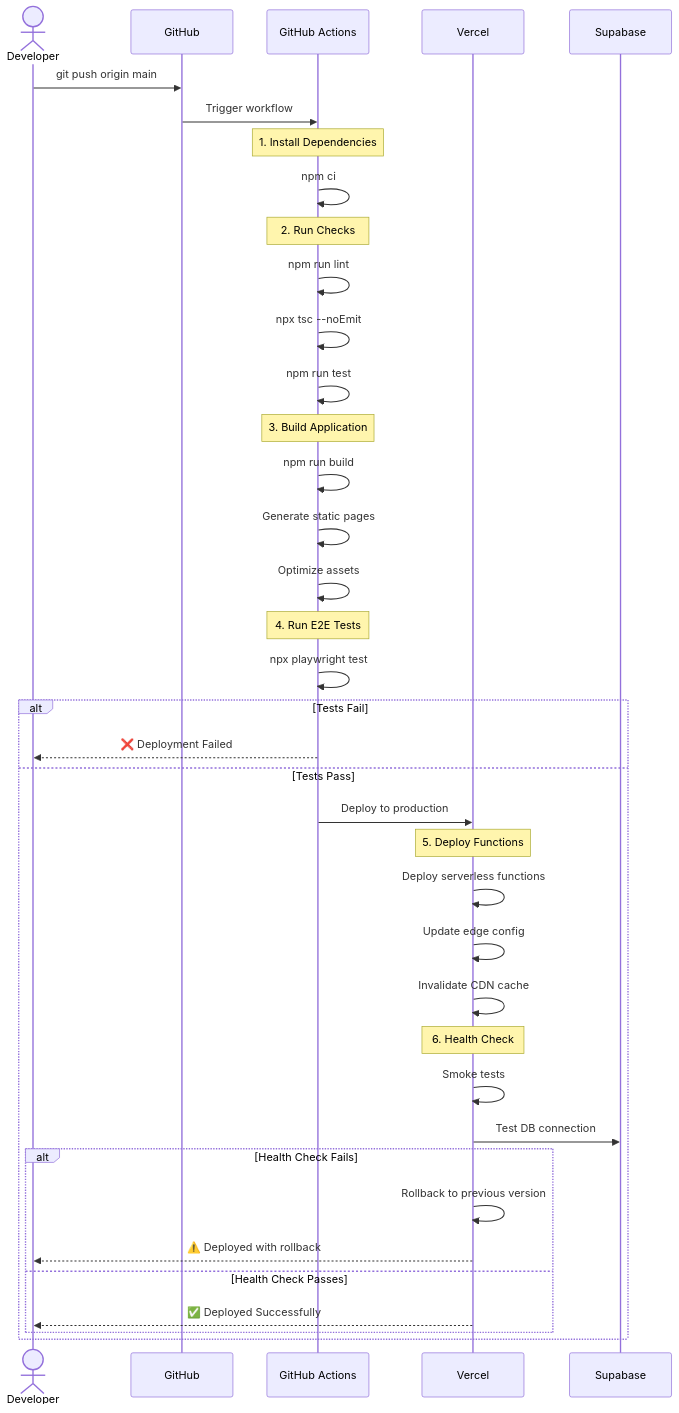
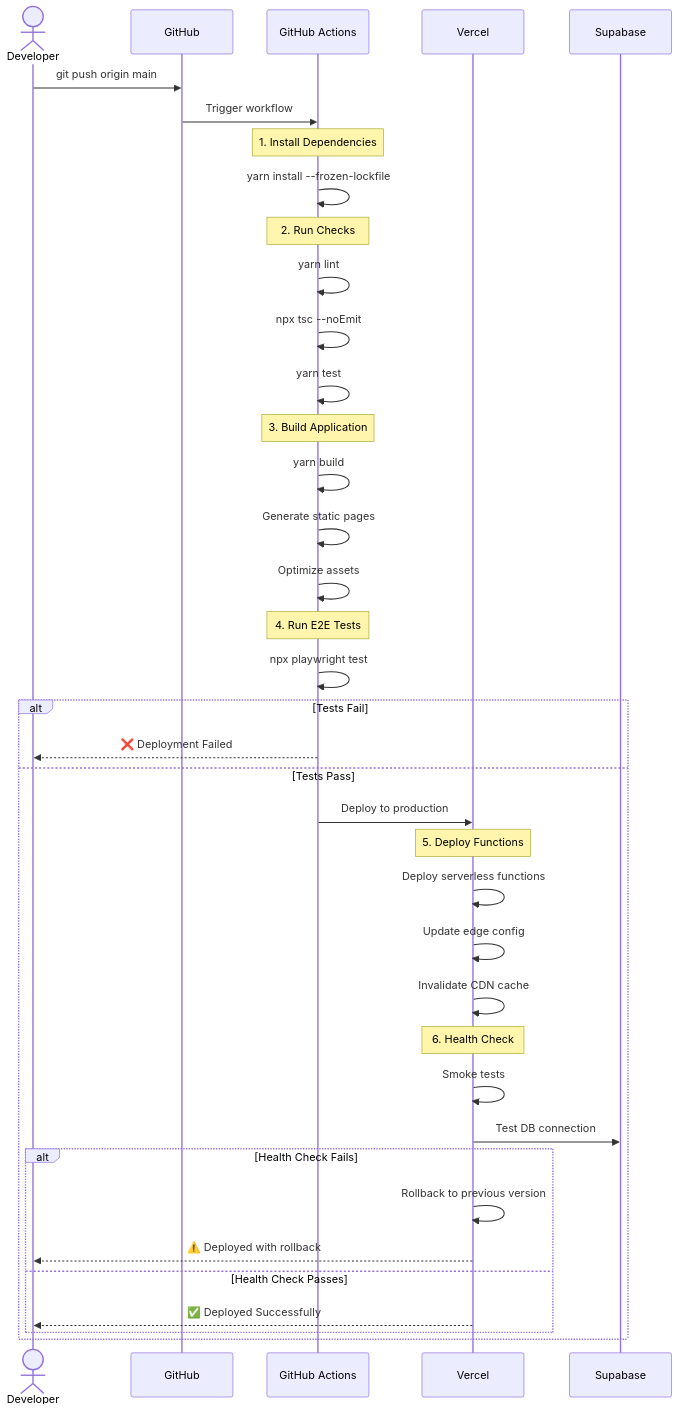
Before and after one commit to SteveChandler/quiver: the third of 7 diagrams in docs/diagrams/deployment.md, drawn with Mermaid. The commit also changed other lines of this file and 55 other files, not shown here.

````diff
--- a/docs/diagrams/deployment.md
+++ b/docs/diagrams/deployment.md
@@ -234,55 +234,55 @@
 ```mermaid
 sequenceDiagram
     actor Developer
     participant GitHub
     participant Actions as GitHub Actions
     participant Vercel
     participant Supabase
 
     Developer->>GitHub: git push origin main
     GitHub->>Actions: Trigger workflow
 
     Note over Actions: 1. Install Dependencies
 
-    Actions->>Actions: npm ci
+    Actions->>Actions: yarn install --frozen-lockfile
 
     Note over Actions: 2. Run Checks
 
-    Actions->>Actions: npm run lint
+    Actions->>Actions: yarn lint
     Actions->>Actions: npx tsc --noEmit
-    Actions->>Actions: npm run test
+    Actions->>Actions: yarn test
 
     Note over Actions: 3. Build Application
 
-    Actions->>Actions: npm run build
+    Actions->>Actions: yarn build
     Actions->>Actions: Generate static pages
     Actions->>Actions: Optimize assets
 
     Note over Actions: 4. Run E2E Tests
 
     Actions->>Actions: npx playwright test
 
     alt Tests Fail
         Actions-->>Developer: ❌ Deployment Failed
     else Tests Pass
         Actions->>Vercel: Deploy to production
 
         Note over Vercel: 5. Deploy Functions
 
         Vercel->>Vercel: Deploy serverless functions
         Vercel->>Vercel: Update edge config
         Vercel->>Vercel: Invalidate CDN cache
 
         Note over Vercel: 6. Health Check
 
         Vercel->>Vercel: Smoke tests
         Vercel->>Supabase: Test DB connection
 
         alt Health Check Fails
             Vercel->>Vercel: Rollback to previous version
             Vercel-->>Developer: ⚠️ Deployed with rollback
         else Health Check Passes
             Vercel-->>Developer: ✅ Deployed Successfully
         end
     end
 ```
````
